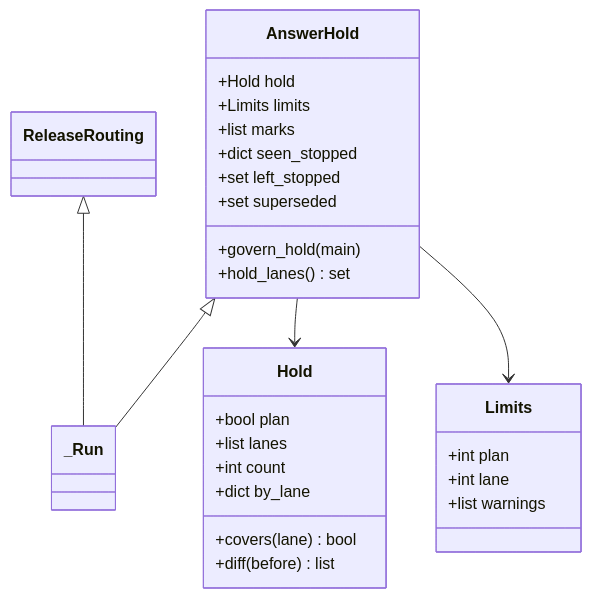
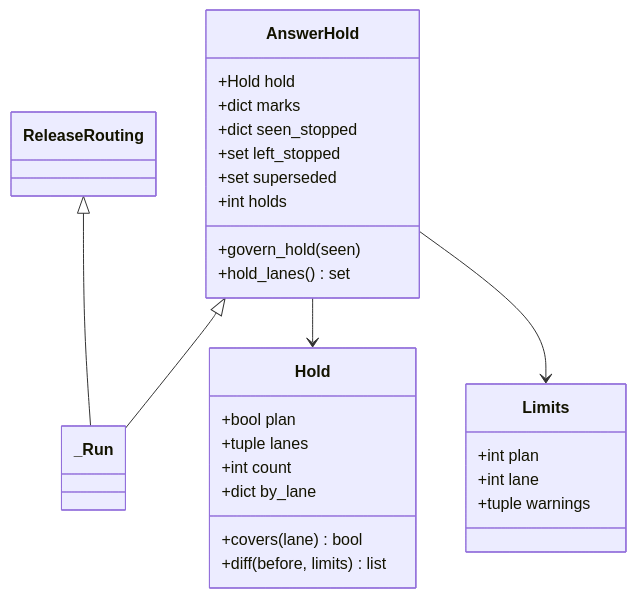
One commit to devbasex/ai-plugins changed the third of 5 diagrams in issues/issue-2707-design.md. Above: the diagram before and after it, drawn with Mermaid. The commit also changed other lines of this file and 4 other files, not shown here.

````diff
--- a/issues/issue-2707-design.md
+++ b/issues/issue-2707-design.md
@@ -212,32 +221,32 @@
 ```mermaid
 classDiagram
     class Limits {
         +int plan
         +int lane
-        +list warnings
+        +tuple warnings
     }
     class Hold {
         +bool plan
-        +list lanes
+        +tuple lanes
         +int count
         +dict by_lane
         +covers(lane) bool
-        +diff(before) list
+        +diff(before, limits) list
     }
     class AnswerHold {
         +Hold hold
-        +Limits limits
-        +list marks
+        +dict marks
         +dict seen_stopped
         +set left_stopped
         +set superseded
-        +govern_hold(main)
+        +int holds
+        +govern_hold(seen)
         +hold_lanes() set
     }
     class ReleaseRouting
     class _Run
     ReleaseRouting <|-- _Run
     AnswerHold <|-- _Run
     AnswerHold --> Hold
     AnswerHold --> Limits
 ```
````
